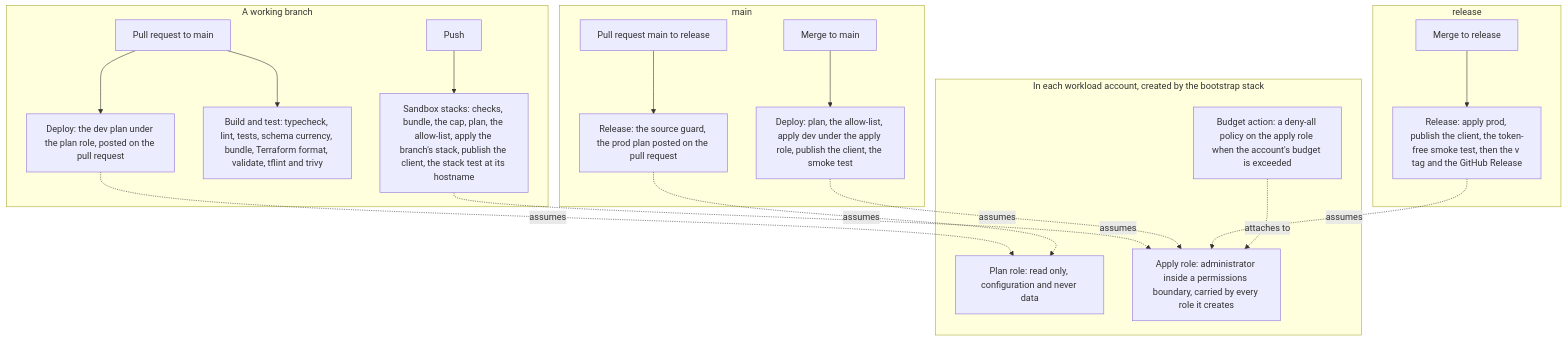
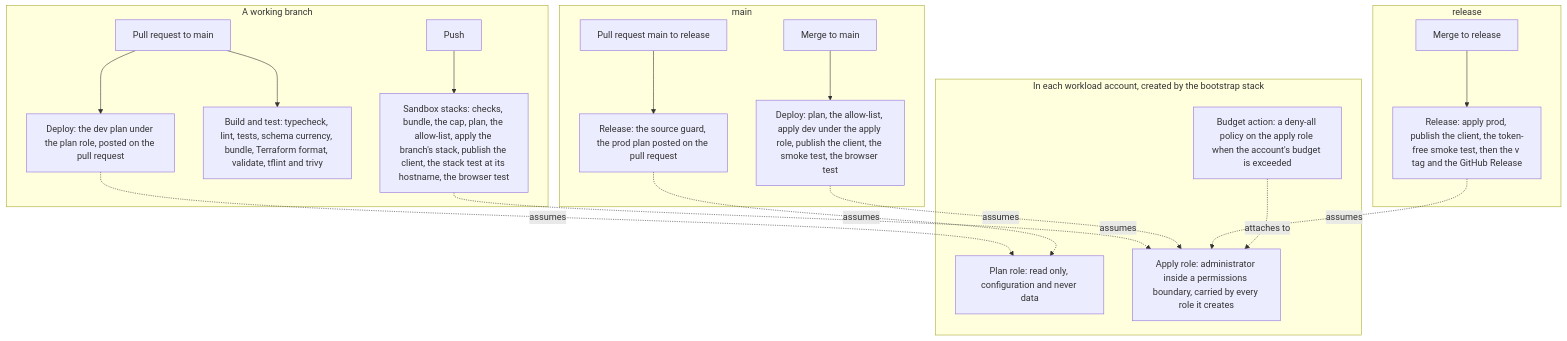
Before and after one commit to Heroic-Enterprise-Adventure-Time/HEAT: the third of 3 diagrams in docs/architecture/overview.md, drawn with Mermaid. The commit also changed 10 other files, not shown here.

First line of the commit message:
Record the browser test, and correct what going public left stale

````diff
--- a/docs/architecture/overview.md
+++ b/docs/architecture/overview.md
@@ -69,26 +69,26 @@
 ```mermaid
 flowchart TB
   subgraph branch["A working branch"]
-    push["Push"] --> sandbox["Sandbox stacks: checks, bundle, the cap, plan, the allow-list, apply the branch's stack, publish the client, the stack test at its hostname"]
+    push["Push"] --> sandbox["Sandbox stacks: checks, bundle, the cap, plan, the allow-list, apply the branch's stack, publish the client, the stack test at its hostname, the browser test"]
     pr["Pull request to main"] --> ci["Build and test: typecheck, lint, tests, schema currency, bundle, Terraform format, validate, tflint and trivy"]
     pr --> devplan["Deploy: the dev plan under the plan role, posted on the pull request"]
   end
   subgraph mainb["main"]
-    merge["Merge to main"] --> dev["Deploy: plan, the allow-list, apply dev under the apply role, publish the client, the smoke test"]
+    merge["Merge to main"] --> dev["Deploy: plan, the allow-list, apply dev under the apply role, publish the client, the smoke test, the browser test"]
     rpr["Pull request main to release"] --> guard["Release: the source guard, the prod plan posted on the pull request"]
   end
   subgraph releaseb["release"]
     rmerge["Merge to release"] --> prod["Release: apply prod, publish the client, the token-free smoke test, then the v tag and the GitHub Release"]
   end
   subgraph account["In each workload account, created by the bootstrap stack"]
     planrole["Plan role: read only, configuration and never data"]
     applyrole["Apply role: administrator inside a permissions boundary, carried by every role it creates"]
     budget["Budget action: a deny-all policy on the apply role when the account's budget is exceeded"]
   end
   devplan -. assumes .-> planrole
   guard -. assumes .-> planrole
   sandbox -. assumes .-> applyrole
   dev -. assumes .-> applyrole
   prod -. assumes .-> applyrole
   budget -. attaches to .-> applyrole
 ```
````
